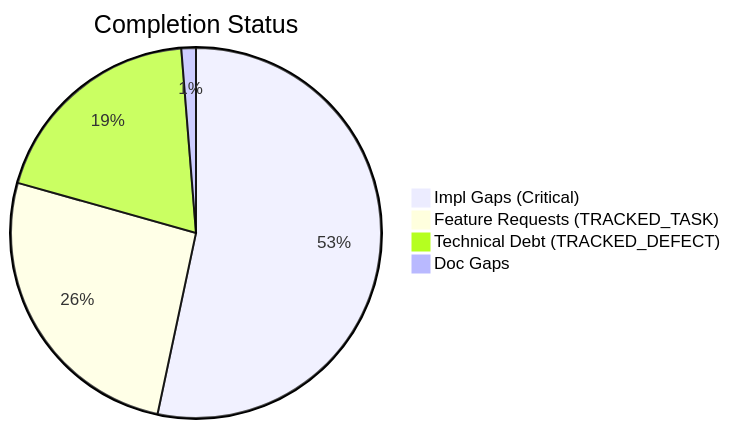
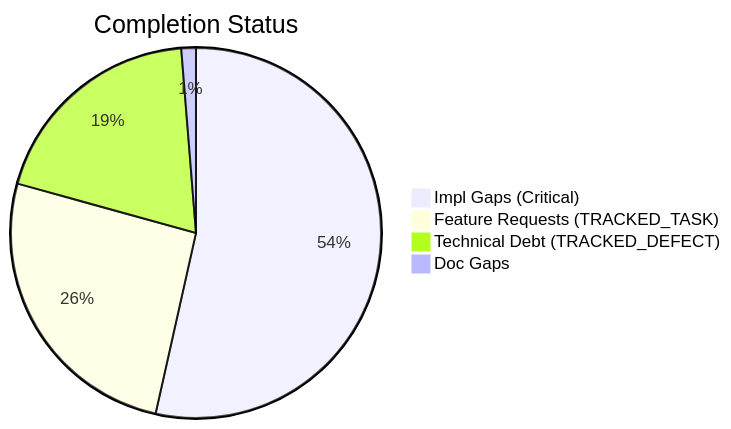
One commit to D-sorganization/Tools changed the first of 2 diagrams in docs/assessments/completist/COMPLETIST_LATEST.md. Above: the diagram before and after it, drawn with Mermaid. The commit also changed other lines of this file and 71 other files, not shown here.

````diff
--- a/docs/assessments/completist/COMPLETIST_LATEST.md
+++ b/docs/assessments/completist/COMPLETIST_LATEST.md
@@ -11,7 +11,7 @@
 ```mermaid
 pie title Completion Status
     "Impl Gaps (Critical)" : 168
-    "Feature Requests (TRACKED_TASK)" : 82
+    "Feature Requests (TRACKED_TASK)" : 81
     "Technical Debt (TRACKED_DEFECT)" : 61
     "Doc Gaps" : 4
 ```
````
